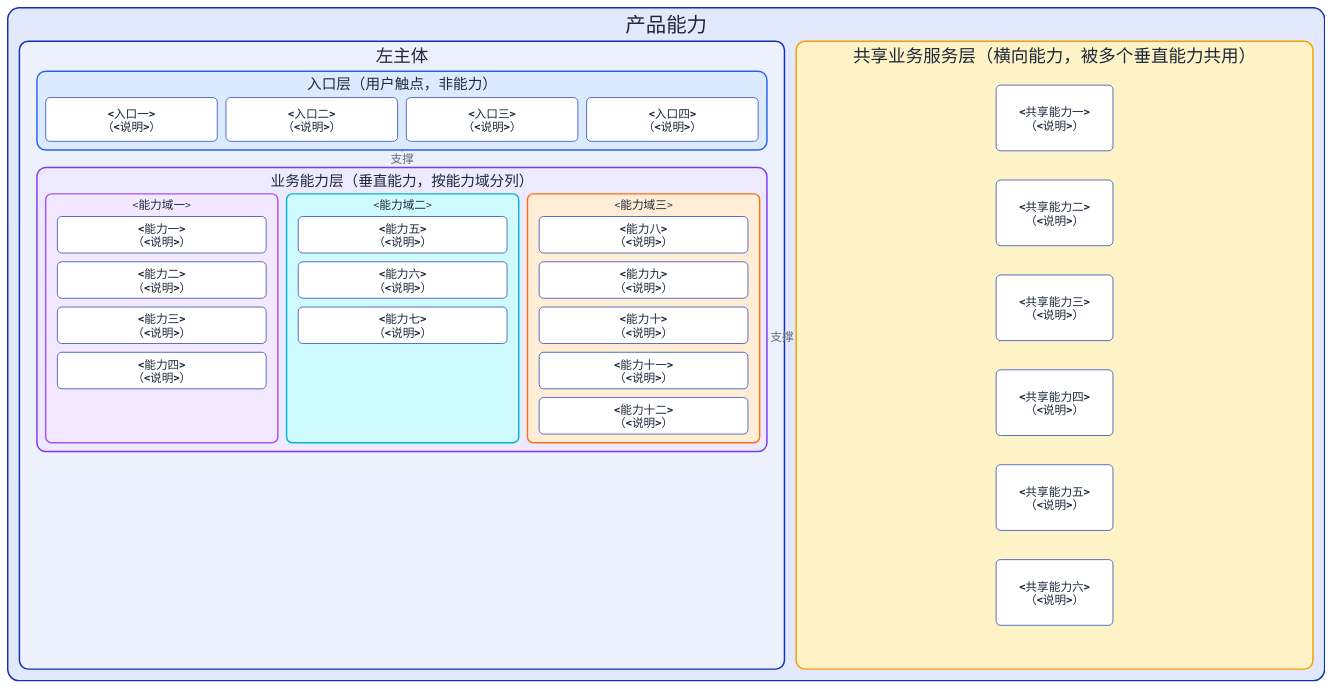
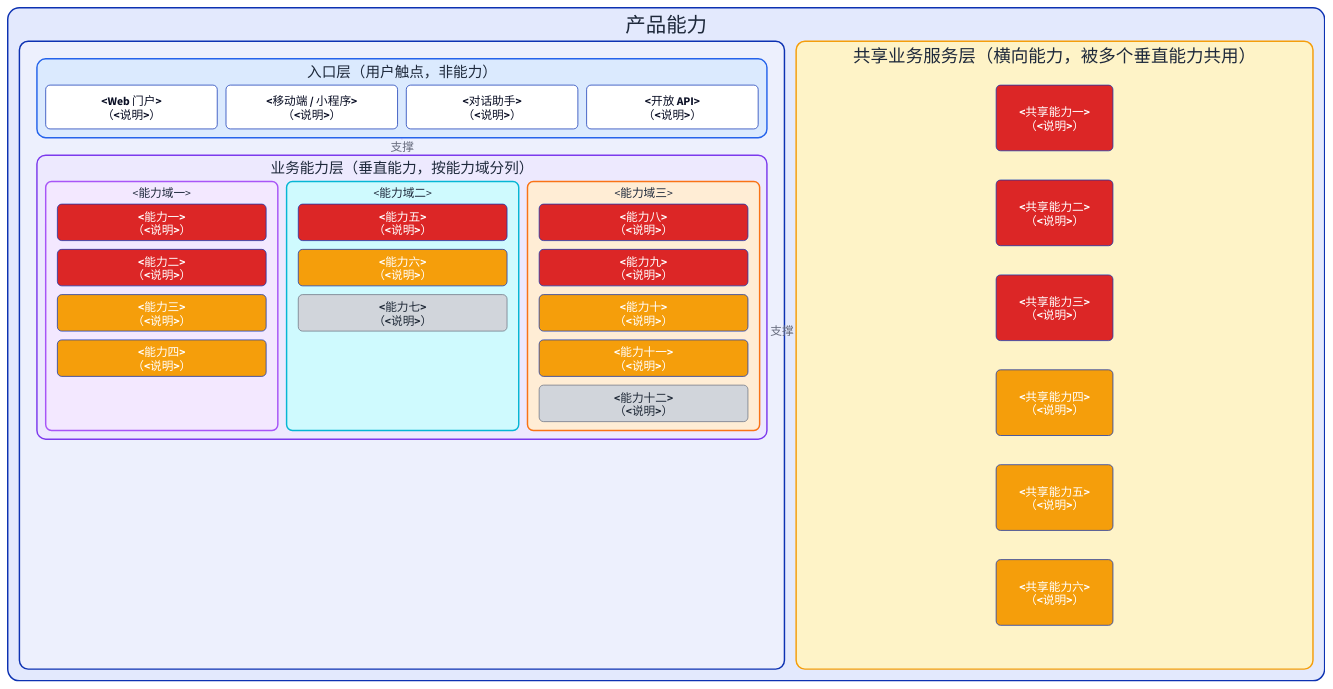
Before and after one commit to syllr/skills: the second of 3 diagrams in skills/project-scaffold/references/skill-templates/docs/docs-business/assets/TEMPLATE.md, drawn with D2. The commit also changed other lines of this file and 35 other files, not shown here.

````diff
--- a/skills/project-scaffold/references/skill-templates/docs/docs-business/assets/TEMPLATE.md
+++ b/skills/project-scaffold/references/skill-templates/docs/docs-business/assets/TEMPLATE.md
@@ -109,6 +116,7 @@
   style.border-radius: 16
 
   左主体: {
+    label: ""    # 纯布局壳（入口层 + 业务能力层纵向堆叠），label 置空以免 key 被当标题画出来
     grid-rows: 1; grid-columns: 1; grid-gap: 24
     style.font-color: "#1e293b"
     style.border-radius: 12
@@ -116,10 +124,10 @@
     入口层: {
       label: "入口层（用户触点，非能力）"
       width: 1000; grid-columns: 4; grid-gap: 12; style.fill: "#dbeafe"; style.font-color: "#1e293b"; style.stroke: "#2563eb"; style.border-radius: 12
-      h1: { label: "<入口一>\n（<说明>）"; width: 235; height: 60; class: module }
-      h2: { label: "<入口二>\n（<说明>）"; width: 235; height: 60; class: module }
-      h3: { label: "<入口三>\n（<说明>）"; width: 235; height: 60; class: module }
-      h4: { label: "<入口四>\n（<说明>）"; width: 235; height: 60; class: module }
+      h1: { label: "<Web 门户>\n（<说明>）"; width: 235; height: 60; class: module; style.fill: "#ffffff" }
+      h2: { label: "<移动端 / 小程序>\n（<说明>）"; width: 235; height: 60; class: module; style.fill: "#ffffff" }
+      h3: { label: "<对话助手>\n（<说明>）"; width: 235; height: 60; class: module; style.fill: "#ffffff" }
+      h4: { label: "<开放 API>\n（<说明>）"; width: 235; height: 60; class: module; style.fill: "#ffffff" }
     }
 
     业务能力层: {
@@ -163,10 +171,11 @@
 产品能力.左主体.业务能力层 -> 产品能力.左主体.入口层: 支撑 { style.stroke: "#7c3aed" }
 
 classes: {
-  module: { style: { border-radius: 6; fill: "#ffffff"; stroke: "#1e40af"; font-color: "#1e293b"; stroke-width: 1 } }
-  planned: { style: { stroke-dash: 4; stroke: "#94a3b8" } }
-  core: { style: { fill: "#dc2626"; font-color: "#ffffff" } }
-  support: { style: { fill: "#f59e0b"; font-color: "#ffffff" } }
-  edge: { style: { fill: "#d1d5db"; font-color: "#1f2937"; stroke: "#6b7280" } }
+  # module 只带形状（圆角 / 描边宽），不带 fill / stroke / font-color——颜色由热力类或节点 style.fill 提供
+  module: { style: { border-radius: 6; stroke-width: 1 } }
+  planned: { style: { stroke-dash: 4; stroke: "#94a3b8"; border-radius: 6 } }
+  core: { style: { fill: "#dc2626"; font-color: "#ffffff"; border-radius: 6 } }
+  support: { style: { fill: "#f59e0b"; font-color: "#ffffff"; border-radius: 6 } }
+  edge: { style: { fill: "#d1d5db"; font-color: "#1f2937"; stroke: "#6b7280"; border-radius: 6 } }
 }
 ```
````
